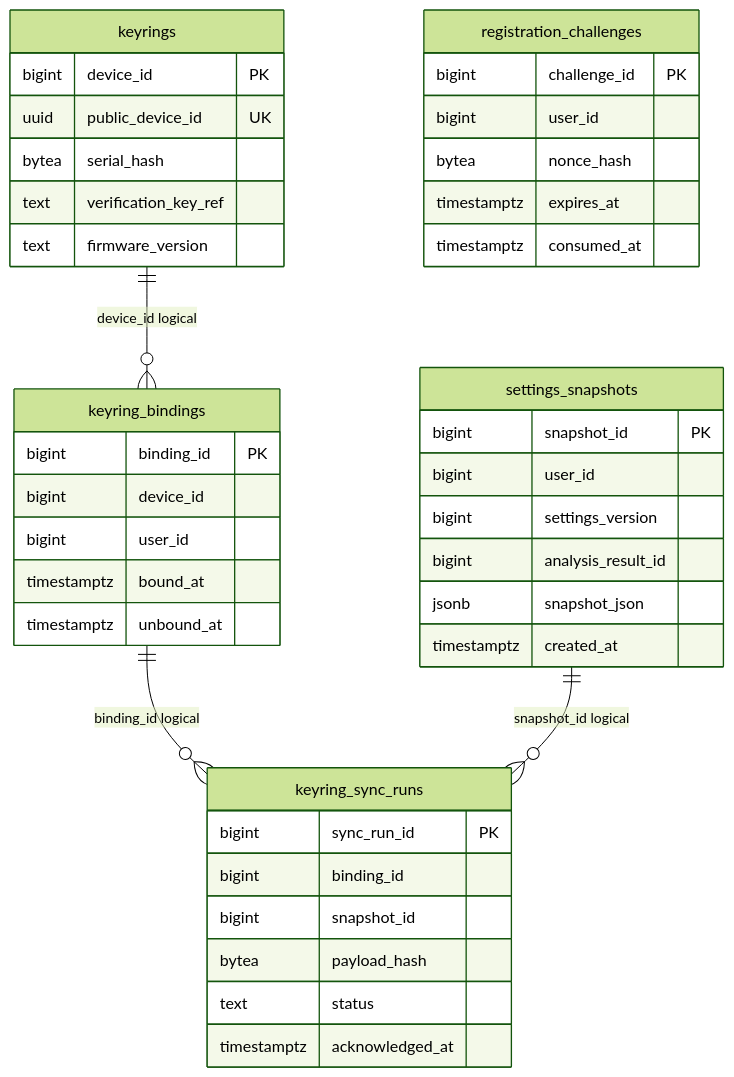
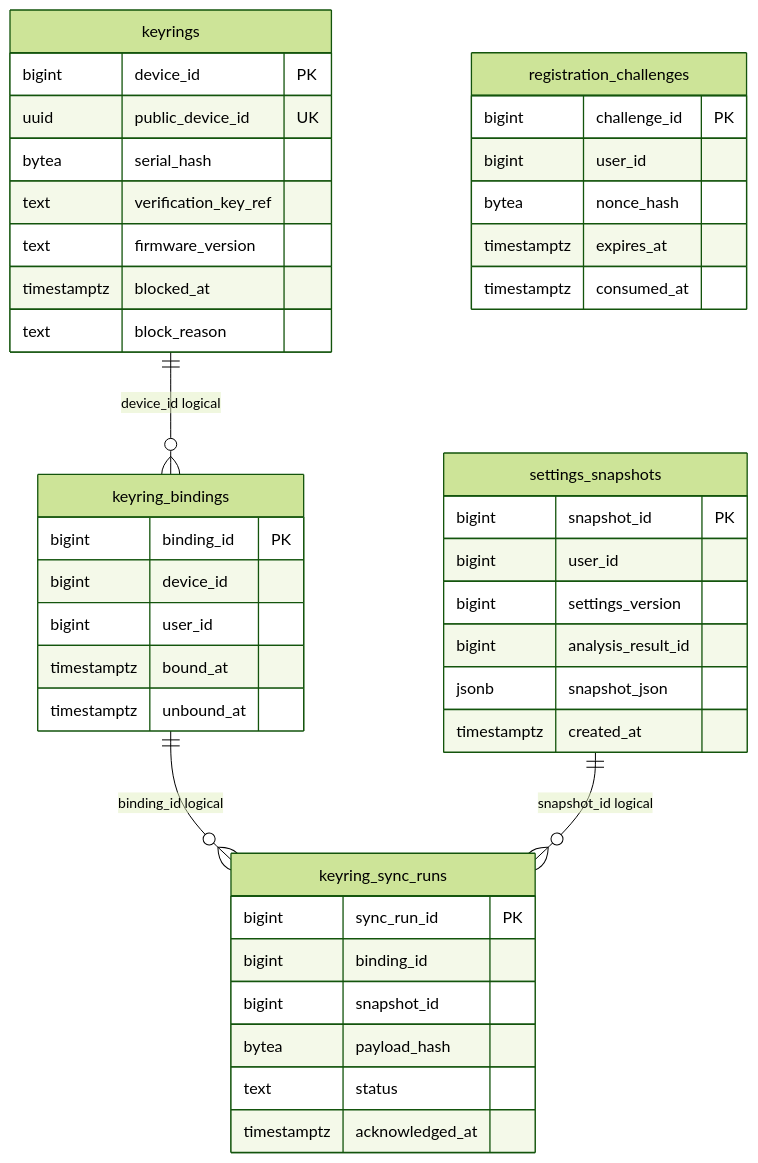
Before and after one commit to j-moo/Tingle: the second of 4 diagrams in docs/database/erd.md, drawn with Mermaid (forest theme). The commit also changed other lines of this file and 11 other files, not shown here.

Commit message:
docs: 저장소 ERD 문서를 ERDCloud 최신본(25개 테이블·185개 컬럼)에 동기화

````diff
--- a/docs/database/erd.md
+++ b/docs/database/erd.md
@@ -109,43 +121,45 @@
 ```mermaid
 erDiagram
     keyrings {
         bigint device_id PK
         uuid public_device_id UK
         bytea serial_hash
         text verification_key_ref
         text firmware_version
+        timestamptz blocked_at
+        text block_reason
     }
     keyring_bindings {
         bigint binding_id PK
         bigint device_id
         bigint user_id
         timestamptz bound_at
         timestamptz unbound_at
     }
     registration_challenges {
         bigint challenge_id PK
         bigint user_id
         bytea nonce_hash
         timestamptz expires_at
         timestamptz consumed_at
     }
     keyring_sync_runs {
         bigint sync_run_id PK
         bigint binding_id
         bigint snapshot_id
         bytea payload_hash
         text status
         timestamptz acknowledged_at
     }
     settings_snapshots {
         bigint snapshot_id PK
         bigint user_id
         bigint settings_version
         bigint analysis_result_id
         jsonb snapshot_json
         timestamptz created_at
     }
     keyrings ||--o{ keyring_bindings : "device_id logical"
     keyring_bindings ||--o{ keyring_sync_runs : "binding_id logical"
     settings_snapshots ||--o{ keyring_sync_runs : "snapshot_id logical"
 ```
````
